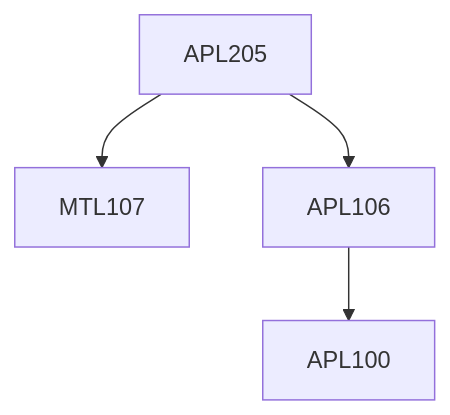
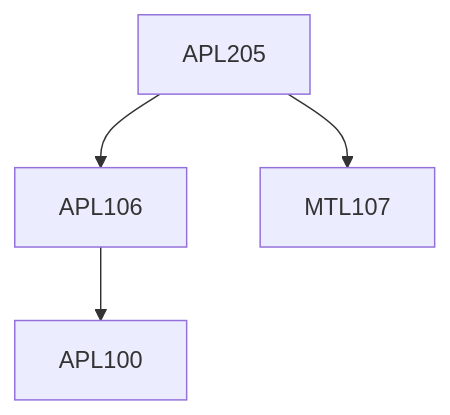
One commit to KeshavBansal0122/CoS_Website changed the diagram in content/Applied Mechanics/APL205.md. Above: the diagram before and after it, drawn with Mermaid. The commit also changed other lines of this file and 392 other files, not shown here.

````diff
--- a/content/Applied Mechanics/APL205.md
+++ b/content/Applied Mechanics/APL205.md
@@ -13,10 +13,10 @@
 ```mermaid
 flowchart TD
 APL205-23[APL205]
+APL205-23 --> APL106-23[APL106]
 APL205-23 --> MTL107-23[MTL107]
 APL106-23 --> APL100-23[APL100]
-APL205-23 --> APL106-23[APL106]
 
 classDef empty height:17px, fill:transparent, stroke:transparent;
 classDef trueEmpty height:0px, width:0px;
 ```
````
